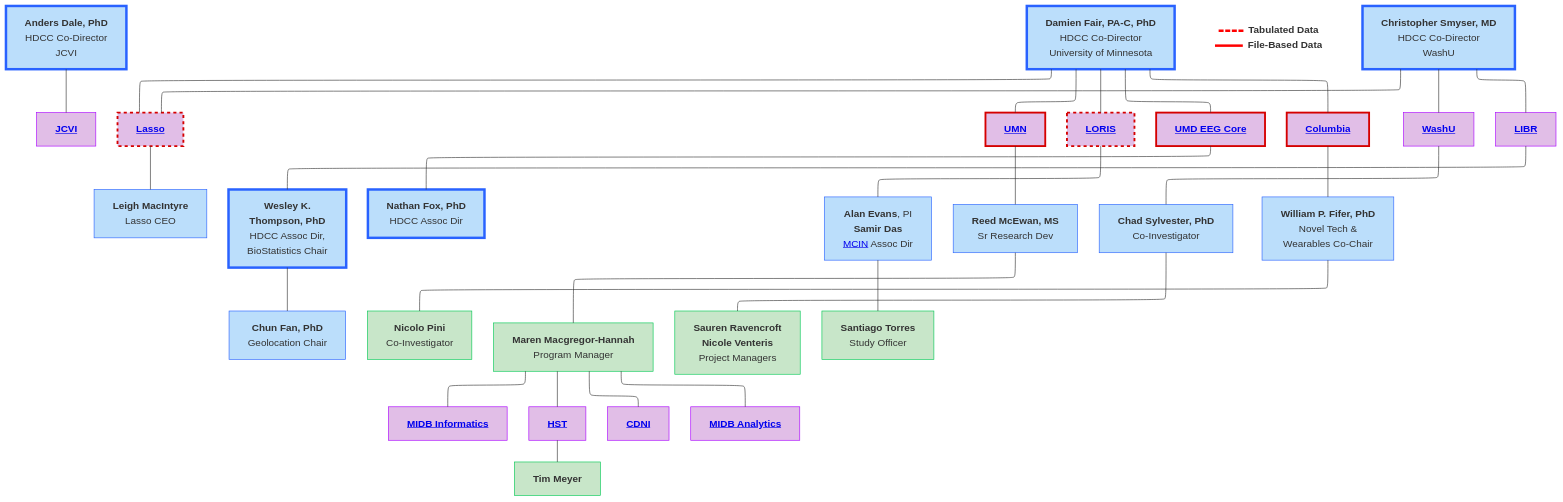
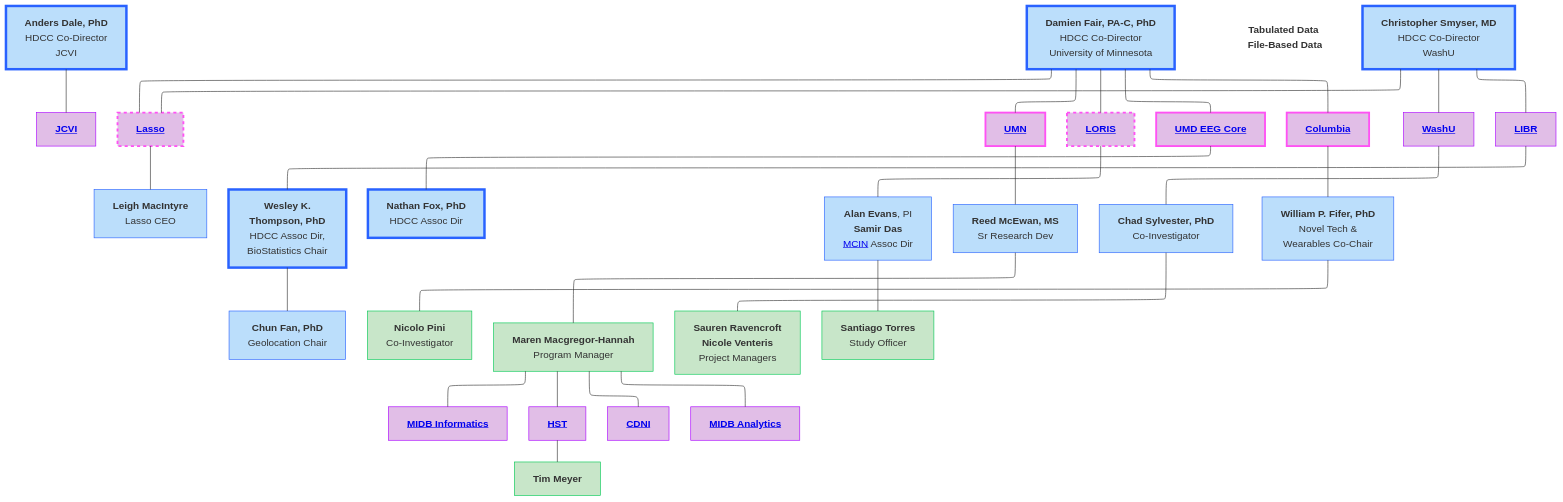
One commit to DCAN-Labs/hbcd-docs-internal changed the first of 3 diagrams in docs/orgcharts.md. Above: the diagram before and after it, drawn with Mermaid. The commit also changed other lines of this file and 6 other files, not shown here.

````diff
--- a/docs/orgcharts.md
+++ b/docs/orgcharts.md
@@ -31,69 +31,69 @@
 ```mermaid
 ---
 config:
   layout: elk
 ---
 flowchart TB
     n2["<b>Anders Dale, PhD<br></b>HDCC Co-Director<br>JCVI"] --- jcvi["<a href="#j-craig-venter-institute" target="_top"><b>JCVI</b></a>"]
     E["<b>Damien Fair, PA-C, PhD</b><br>HDCC Co-Director<br>University of Minnesota"] --- lasso["<a href="#lasso" target="_top"><b>Lasso</b></a>"] & umn["<a href="#university-of-minnesota" target="_top"><b>UMN</b></a>"] & n7["<a href="#loris" target="_top"><b>LORIS</b></a>"] & n8["<a href="#university-of-maryland" target="_top"><b>UMD EEG Core</b></a>"] & n11["<a href="#columbia-university" target="_top"><b>Columbia</b></a>"]
     lasso --- lasso1["<b>Leigh MacIntyre</b><br>Lasso CEO"]
-    n36["<span style="display: inline-block; border-top: 4px dashed red; width: 40px; vertical-align: middle; margin-right: 8px;"></span><span><b>Tabulated Data</b></span><br><span style="display: inline-block; border-top: 4px solid red; width: 45px; vertical-align: middle; margin-right: 8px;"></span><span><b>File-Based Data</b></span>"]
+    n36["<span style="display: inline-block; border-top: 4px dashed #FF52F4; width: 40px; vertical-align: middle; margin-right: 8px;"></span><span><b>Tabulated Data</b></span><br><span style="display: inline-block; border-top: 4px solid #FF52F4; width: 45px; vertical-align: middle; margin-right: 8px;"></span><span><b>File-Based Data</b></span>"]
     n1["<b>Christopher Smyser, MD<br></b>HDCC Co-Director<br>WashU"] --- n10["<a href="#washu" target="_top"><b>WashU</b></a>"] & n12["<a href="#libr" target="_top"><b>LIBR</b></a>"] & lasso
     n16["<b>Wesley K.<br>Thompson, PhD</b><br>HDCC Assoc Dir,<br>BioStatistics Chair"] --- n17["<b>Chun Fan, PhD</b><br>Geolocation Chair"]
     n12 --- n16
     n8 --- n19["<b>Nathan Fox, PhD<br></b>HDCC Assoc Dir"]
     n7 --- n20["<b>Alan Evans</b>, PI<br><b>Samir Das</b><br><a href="https://mcin.ca/about-mcin/" target="_blank">MCIN</a> Assoc Dir"]
     umn --- reed["<b>Reed McEwan, MS</b><br>Sr Research Dev"]
     n10 --- n22["<b>Chad Sylvester, PhD</b><br>Co-Investigator"]
     n11 --- n18["<b>William P. Fifer, PhD</b><br>Novel Tech &<br>Wearables Co-Chair"]
     n18 --- n34["<b>Nicolo Pini</b><br>Co-Investigator"]
     reed --- n30["<b>Maren Macgregor-Hannah</b><br>Program Manager"]
     n30 --- n25["<a href="#midb-informatics-hub-msi" target="_top"><b>MIDB Informatics</b></a>"]
     n30 --- n27["<a href="#health-sciences-technology" target="_top"><b>HST</b></a>"]
     n30 --- n28["<a href="#center-for-developmental-neuroimaging" target="_top"><b>CDNI</b></a>"]
     n30 --- n29["<a href="#midb-analytics-hub" target="_top"><b>MIDB Analytics</b></a>"]
     n27 --- n31["<b>Tim Meyer</b>"]
     n22 --- n32["<b>Sauren Ravencroft<br>Nicole Venteris</b><br>Project Managers"]
     n20 --- n33["<b>Santiago Torres</b><br>Study Officer"]
     style n36 fill:#FFFFFF,stroke:#FFFFFF
     style n2 fill:#BBDEFB,stroke:#2962FF,stroke-width:4px
     style jcvi fill:#E1BEE7,stroke:#AA00FF
     style E fill:#BBDEFB,stroke:#2962FF,stroke-width:4px
-    style lasso fill:#E1BEE7,stroke:#D50000,stroke-width:3px,stroke-dasharray: 5
-    style umn fill:#E1BEE7,stroke:#D50000,stroke-width:3px,stroke-dasharray: 0
-    style n7 fill:#E1BEE7,stroke:#D50000,stroke-width:3px,stroke-dasharray: 5
-    style n8 fill:#E1BEE7,stroke:#D50000,stroke-width:3px,stroke-dasharray: 0
-    style n11 fill:#E1BEE7,stroke:#D50000,stroke-width:3px,stroke-dasharray: 0
+    style lasso fill:#E1BEE7,stroke:#FF52F4,stroke-width:3px,stroke-dasharray: 5
+    style umn fill:#E1BEE7,stroke:#FF52F4,stroke-width:3px,stroke-dasharray: 0
+    style n7 fill:#E1BEE7,stroke:#FF52F4,stroke-width:3px,stroke-dasharray: 5
+    style n8 fill:#E1BEE7,stroke:#FF52F4,stroke-width:3px,stroke-dasharray: 0
+    style n11 fill:#E1BEE7,stroke:#FF52F4,stroke-width:3px,stroke-dasharray: 0
     style lasso1 fill:#BBDEFB,stroke:#2962FF
     style n1 fill:#BBDEFB,stroke:#2962FF,stroke-width:4px
     style n10 fill:#E1BEE7,stroke:#AA00FF
     style n12 fill:#E1BEE7,stroke:#AA00FF
     style n16 fill:#BBDEFB,stroke:#2962FF,stroke-width:4px
     style n17 fill:#BBDEFB,stroke:#2962FF
     style n19 fill:#BBDEFB,stroke:#2962FF,stroke-width:4px
     style n20 fill:#BBDEFB,stroke:#2962FF
     style reed fill:#BBDEFB,stroke:#2962FF
     style n22 fill:#BBDEFB,stroke:#2962FF
     style n18 fill:#BBDEFB,stroke:#2962FF
     style n25 fill:#E1BEE7,stroke:#AA00FF
     style n27 fill:#E1BEE7,stroke:#AA00FF
     style n28 fill:#E1BEE7,stroke:#AA00FF
     style n29 fill:#E1BEE7,stroke:#AA00FF
     style n30 fill:#C8E6C9,stroke:#00C853
     style n31 fill:#C8E6C9,stroke:#00C853
     style n32 fill:#C8E6C9,stroke:#00C853
     style n33 fill:#C8E6C9,stroke:#00C853
     style n34 fill:#C8E6C9,stroke:#00C853
     click jcvi "#j-craig-venter-institute"
     click lasso "#lasso"
     click umn "#university-of-minnesota"
     click n7 "#loris"
     click n8 "#university-of-maryland"
     click n10 "#washu"
     click n25 "#midb-informatics-hub-msi"
     click n29 "#midb-analytics-hub"
     click n27 "#health-sciences-technology"
     click n28 "#center-for-developmental-neuroimaging"
     click n12 "#libr"
     click n11 "#columbia-university"
 ```
````
